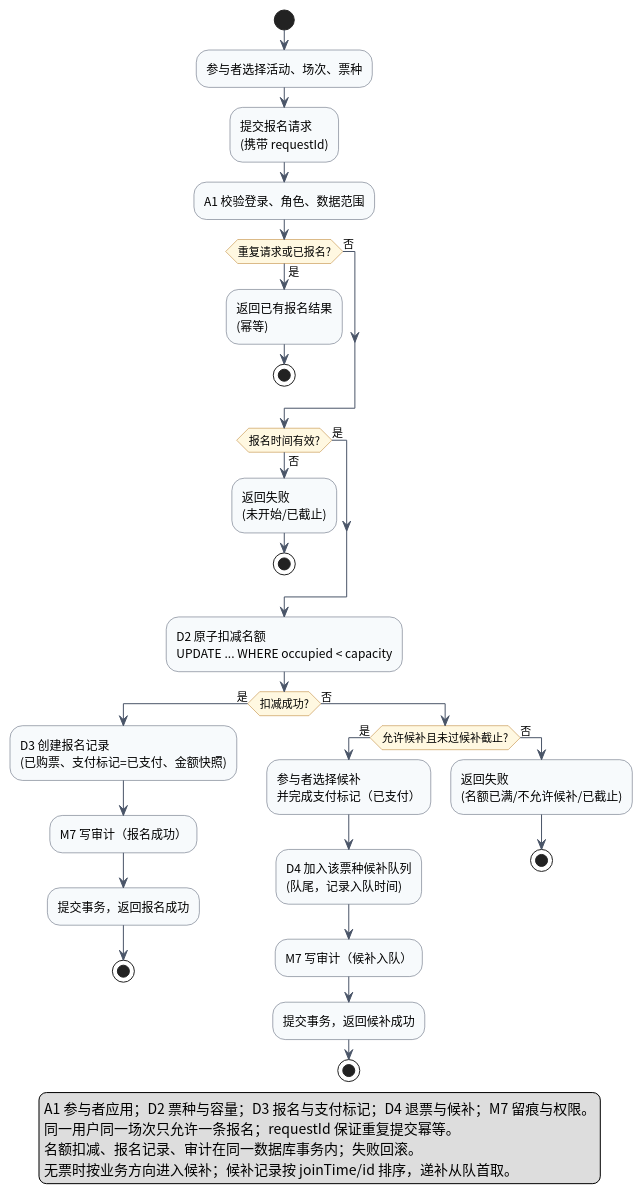
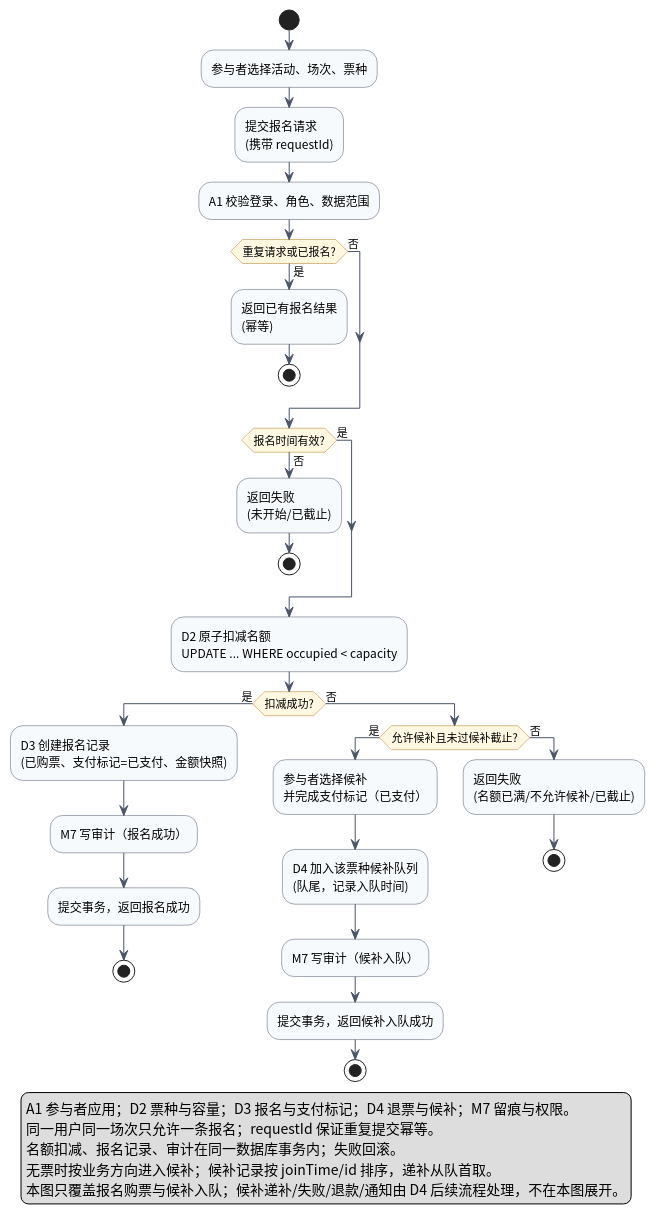
The diagram in lab2/UML/UML活动图_报名购票.puml (Lewis-44-China/se-lab1-requirements), drawn with PlantUML before and after one commit. The commit also changed 3 other files, not shown here.

First line of the commit message:
lab2: 补充活动图范围说明

```diff
--- a/lab2/UML/UML活动图_报名购票.puml
+++ b/lab2/UML/UML活动图_报名购票.puml
@@ -1,54 +1,55 @@
 @startuml UML活动图_报名购票
 skinparam shadowing false
 skinparam defaultFontName "Noto Sans CJK SC"
 skinparam ArrowColor #4A5568
 skinparam ActivityBackgroundColor #F7FAFC
 skinparam ActivityBorderColor #4A5568
 skinparam ActivityDiamondBackgroundColor #FFF8E1
 skinparam ActivityDiamondBorderColor #B7791F
 skinparam noteBackgroundColor #F7FAFC
 skinparam noteBorderColor #4A5568
 
 start
 :参与者选择活动、场次、票种;
 :提交报名请求\n(携带 requestId);
 :A1 校验登录、角色、数据范围;
 
 if (重复请求或已报名?) then (是)
   :返回已有报名结果\n(幂等);
   stop
 else (否)
 endif
 
 if (报名时间有效?) then (否)
   :返回失败\n(未开始/已截止);
   stop
 else (是)
 endif
 
 :D2 原子扣减名额\nUPDATE ... WHERE occupied < capacity;
 if (扣减成功?) then (是)
   :D3 创建报名记录\n(已购票、支付标记=已支付、金额快照);
   :M7 写审计（报名成功）;
   :提交事务，返回报名成功;
   stop
 else (否)
   if (允许候补且未过候补截止?) then (是)
     :参与者选择候补\n并完成支付标记（已支付）;
     :D4 加入该票种候补队列\n(队尾，记录入队时间);
     :M7 写审计（候补入队）;
-    :提交事务，返回候补成功;
+    :提交事务，返回候补入队成功;
     stop
   else (否)
     :返回失败\n(名额已满/不允许候补/已截止);
     stop
   endif
 endif
 
 legend bottom
   A1 参与者应用；D2 票种与容量；D3 报名与支付标记；D4 退票与候补；M7 留痕与权限。
   同一用户同一场次只允许一条报名；requestId 保证重复提交幂等。
   名额扣减、报名记录、审计在同一数据库事务内；失败回滚。
   无票时按业务方向进入候补；候补记录按 joinTime/id 排序，递补从队首取。
+  本图只覆盖报名购票与候补入队；候补递补/失败/退款/通知由 D4 后续流程处理，不在本图展开。
 endlegend
 @enduml
```
